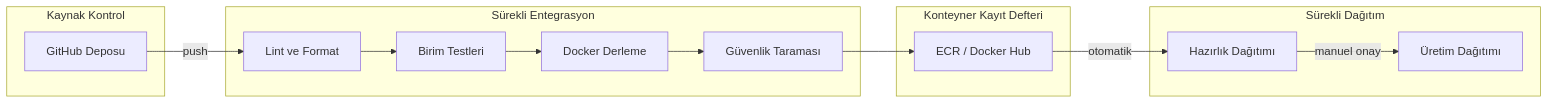
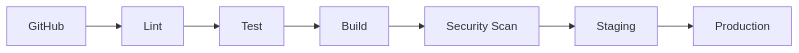
The second of 2 diagrams in docs/diagrams/05_deployment_diagram.md (mUsaulug/CardioGuard-AI), drawn with Mermaid before and after one commit. The commit also changed other lines of this file and 5 other files, not shown here.

````diff
--- a/docs/diagrams/05_deployment_diagram.md
+++ b/docs/diagrams/05_deployment_diagram.md
@@ -427,26 +204,9 @@
 ```mermaid
 graph LR
-    subgraph Kaynak["Kaynak Kontrol"]
-        GIT["GitHub Deposu"]
-    end
-    
-    subgraph CI["Sürekli Entegrasyon"]
-        LINT["Lint ve Format"]
-        TEST["Birim Testleri"]
-        BUILD["Docker Derleme"]
-        SCAN["Güvenlik Taraması"]
-    end
-    
-    subgraph Registry["Konteyner Kayıt Defteri"]
-        ECR["ECR / Docker Hub"]
-    end
-    
-    subgraph CD["Sürekli Dağıtım"]
-        STAGING["Hazırlık Dağıtımı"]
-        PROD["Üretim Dağıtımı"]
-    end
-    
-    GIT -->|push| LINT --> TEST --> BUILD --> SCAN --> ECR
-    ECR -->|otomatik| STAGING
-    STAGING -->|manuel onay| PROD
+    GIT["GitHub"] --> LINT["Lint"]
+    LINT --> TEST["Test"]
+    TEST --> BUILD["Build"]
+    BUILD --> SCAN["Security Scan"]
+    SCAN --> STAGING["Staging"]
+    STAGING --> PROD["Production"]
 ```
````
